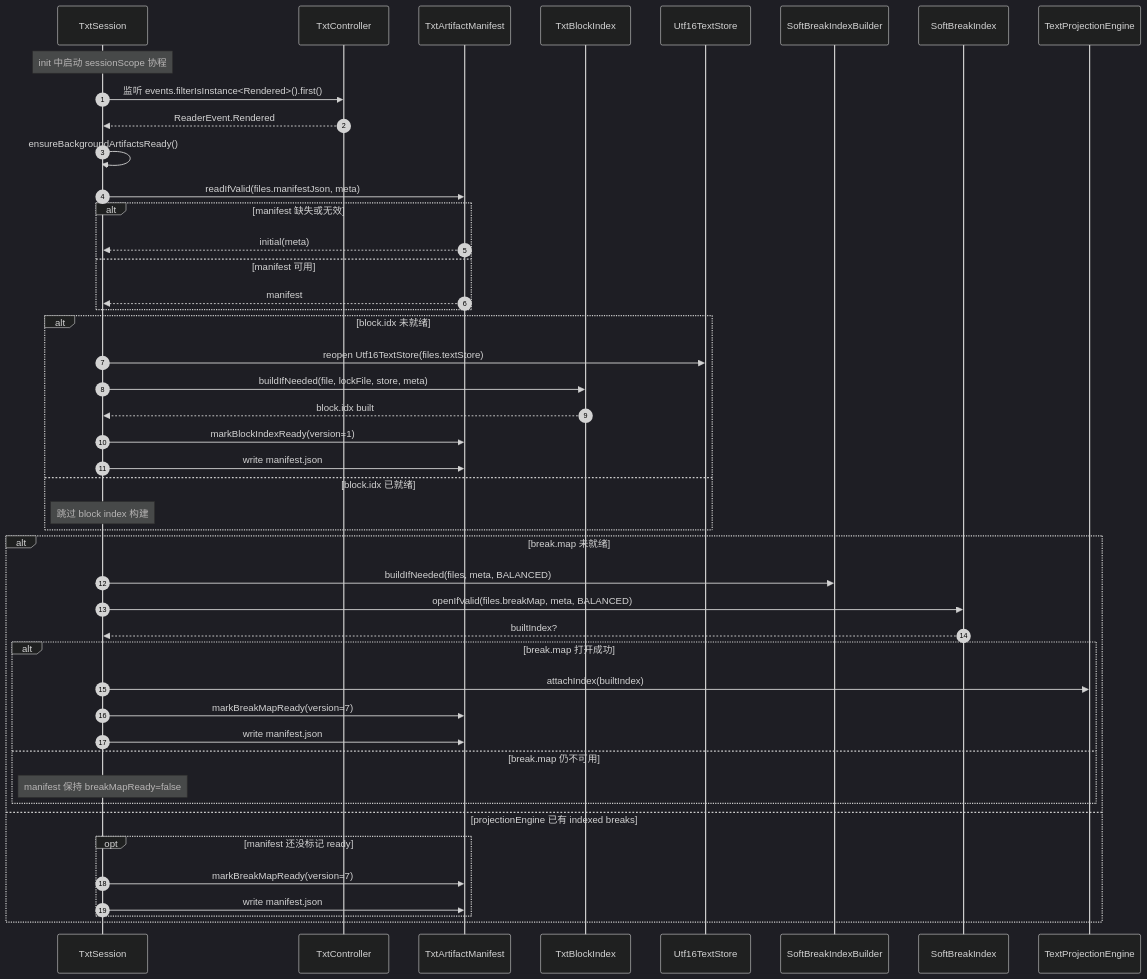
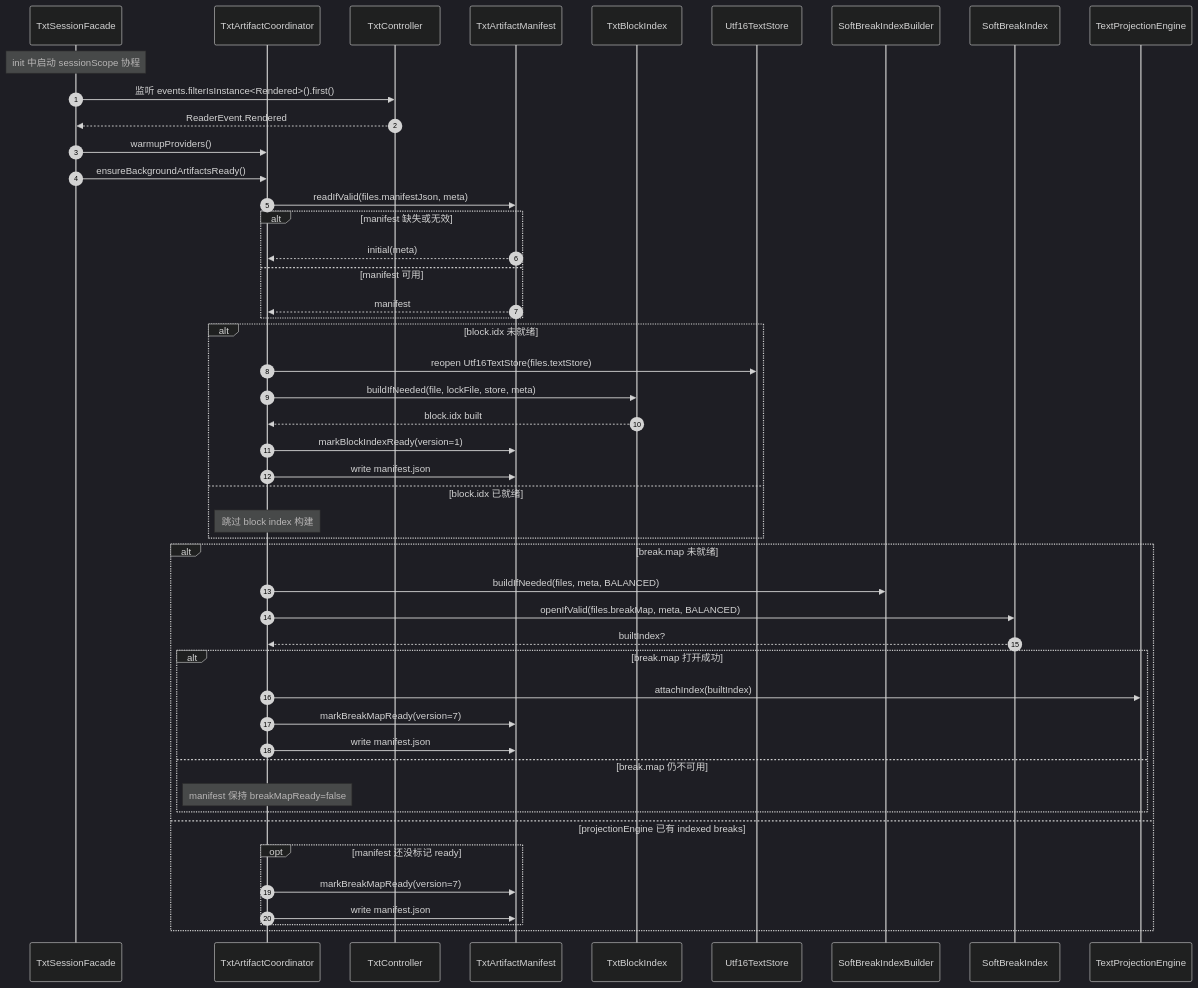
The third of 8 diagrams in doc/txt-reading-sequence.md (wuShan-n/iReader), drawn with Mermaid (dark theme) before and after one commit. The commit also changed other lines of this file and 20 other files, not shown here.

First line of the commit message:
重构 `feature/reader` 与 `engines/txt` 模块，通过引入 `ReaderSessionInteractor` 和拆分 TXT 引擎内部服务，提升会话管理能力与渲染管线的稳定性。

````diff
--- a/doc/txt-reading-sequence.md
+++ b/doc/txt-reading-sequence.md
@@ -243,52 +244,54 @@
 ```mermaid
 sequenceDiagram
     autonumber
-    participant TxtSession as TxtSession
+    participant TxtSession as TxtSessionFacade
+    participant Artifact as TxtArtifactCoordinator
     participant Controller as TxtController
     participant Manifest as TxtArtifactManifest
     participant BlockIndex as TxtBlockIndex
     participant Store as Utf16TextStore
     participant BreakBuilder as SoftBreakIndexBuilder
     participant BreakIndex as SoftBreakIndex
     participant TextProjectionEngine as TextProjectionEngine
 
     Note over TxtSession: init 中启动 sessionScope 协程
     TxtSession->>Controller: 监听 events.filterIsInstance<Rendered>().first()
     Controller-->>TxtSession: ReaderEvent.Rendered
-    TxtSession->>TxtSession: ensureBackgroundArtifactsReady()
+    TxtSession->>Artifact: warmupProviders()
+    TxtSession->>Artifact: ensureBackgroundArtifactsReady()
 
-    TxtSession->>Manifest: readIfValid(files.manifestJson, meta)
+    Artifact->>Manifest: readIfValid(files.manifestJson, meta)
     alt manifest 缺失或无效
-        Manifest-->>TxtSession: initial(meta)
+        Manifest-->>Artifact: initial(meta)
     else manifest 可用
-        Manifest-->>TxtSession: manifest
+        Manifest-->>Artifact: manifest
     end
 
     alt block.idx 未就绪
-        TxtSession->>Store: reopen Utf16TextStore(files.textStore)
-        TxtSession->>BlockIndex: buildIfNeeded(file, lockFile, store, meta)
-        BlockIndex-->>TxtSession: block.idx built
-        TxtSession->>Manifest: markBlockIndexReady(version=1)
-        TxtSession->>Manifest: write manifest.json
+        Artifact->>Store: reopen Utf16TextStore(files.textStore)
+        Artifact->>BlockIndex: buildIfNeeded(file, lockFile, store, meta)
+        BlockIndex-->>Artifact: block.idx built
+        Artifact->>Manifest: markBlockIndexReady(version=1)
+        Artifact->>Manifest: write manifest.json
     else block.idx 已就绪
-        Note over TxtSession: 跳过 block index 构建
+        Note over Artifact: 跳过 block index 构建
     end
 
     alt break.map 未就绪
-        TxtSession->>BreakBuilder: buildIfNeeded(files, meta, BALANCED)
-        TxtSession->>BreakIndex: openIfValid(files.breakMap, meta, BALANCED)
-        BreakIndex-->>TxtSession: builtIndex?
+        Artifact->>BreakBuilder: buildIfNeeded(files, meta, BALANCED)
+        Artifact->>BreakIndex: openIfValid(files.breakMap, meta, BALANCED)
+        BreakIndex-->>Artifact: builtIndex?
         alt break.map 打开成功
-            TxtSession->>TextProjectionEngine: attachIndex(builtIndex)
-            TxtSession->>Manifest: markBreakMapReady(version=7)
-            TxtSession->>Manifest: write manifest.json
+            Artifact->>TextProjectionEngine: attachIndex(builtIndex)
+            Artifact->>Manifest: markBreakMapReady(version=7)
+            Artifact->>Manifest: write manifest.json
         else break.map 仍不可用
-            Note over TxtSession: manifest 保持 breakMapReady=false
+            Note over Artifact: manifest 保持 breakMapReady=false
         end
     else projectionEngine 已有 indexed breaks
         opt manifest 还没标记 ready
-            TxtSession->>Manifest: markBreakMapReady(version=7)
-            TxtSession->>Manifest: write manifest.json
+            Artifact->>Manifest: markBreakMapReady(version=7)
+            Artifact->>Manifest: write manifest.json
         end
     end
 ```
````
